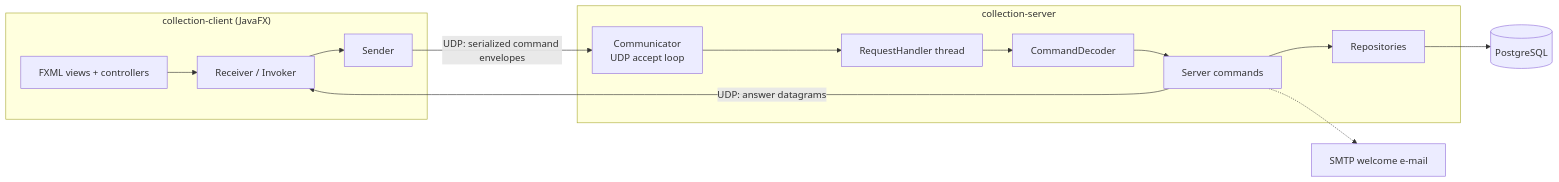
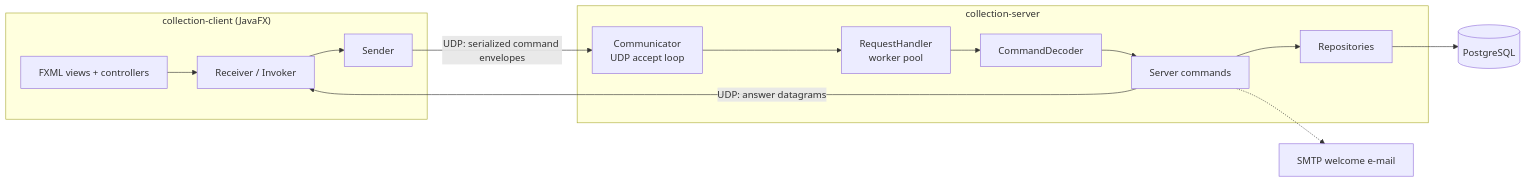
The diagram in README.md (Ali-Alibekovich/collection-management-application), drawn with Mermaid before and after one commit. The commit also changed 3 other files, not shown here.

First line of the commit message:
fix(server): copy each datagram and dispatch it to a bounded worker pool

````diff
--- a/README.md
+++ b/README.md
@@ -31,16 +31,16 @@
 ```mermaid
 flowchart LR
     subgraph client["collection-client (JavaFX)"]
         UI[FXML views + controllers] --> Core[Receiver / Invoker]
         Core --> SenderN[Sender]
     end
     subgraph server["collection-server"]
-        Comm[Communicator<br/>UDP accept loop] --> Handler[RequestHandler thread]
+        Comm[Communicator<br/>UDP accept loop] --> Handler[RequestHandler<br/>worker pool]
         Handler --> Decoder[CommandDecoder] --> Cmds[Server commands]
         Cmds --> Repos[Repositories]
     end
     SenderN -- "UDP: serialized command envelopes" --> Comm
     Cmds -- "UDP: answer datagrams" --> Core
     Repos --> PG[(PostgreSQL)]
     Cmds -.-> Mail[SMTP welcome e-mail]
 ```
````
